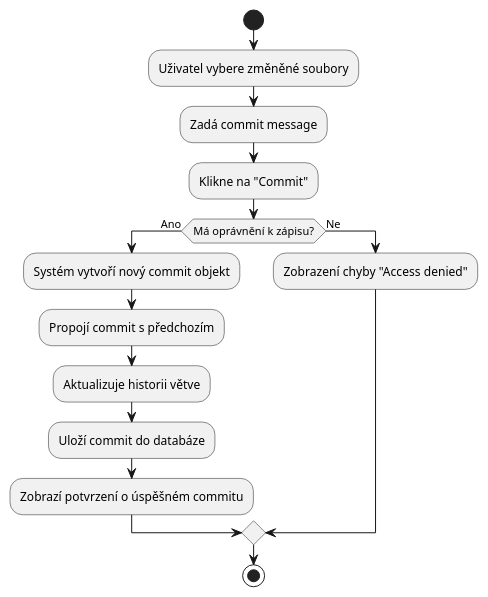
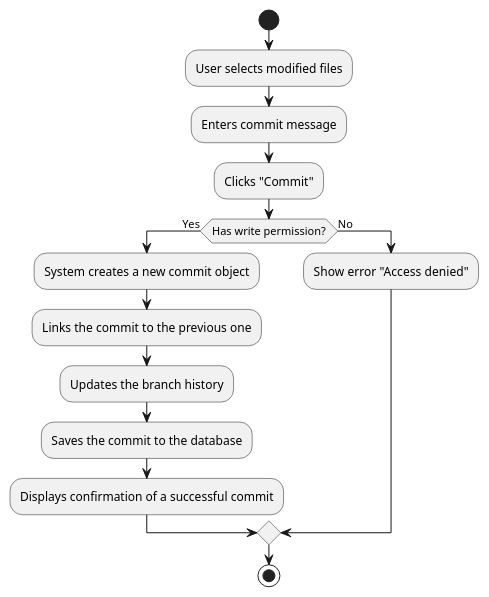
One commit to phatt-23/VIS-Project changed the diagram in artifacts/plantuml-diagrams/create-commit-activity.plantuml. Above: the diagram before and after it, drawn with PlantUML. The commit also changed other lines of this file and 89 other files, not shown here.

```diff
--- a/artifacts/plantuml-diagrams/create-commit-activity.plantuml
+++ b/artifacts/plantuml-diagrams/create-commit-activity.plantuml
@@ -1,16 +1,21 @@
 @startuml
+
 start
-:Uživatel vybere změněné soubory;
-:Zadá commit message;
-:Klikne na "Commit";
-if (Má oprávnění k zápisu?) then (Ano)
-    :Systém vytvoří nový commit objekt;
-    :Propojí commit s předchozím;
-    :Aktualizuje historii větve;
-    :Uloží commit do databáze;
-    :Zobrazí potvrzení o úspěšném commitu;
-else (Ne)
-    :Zobrazení chyby "Access denied";
+
+:User selects modified files;
+:Enters commit message;
+:Clicks "Commit";
+
+if (Has write permission?) then (Yes)
+    :System creates a new commit object;
+    :Links the commit to the previous one;
+    :Updates the branch history;
+    :Saves the commit to the database;
+    :Displays confirmation of a successful commit;
+else (No)
+    :Show error "Access denied";
 endif
+
 stop
+
 @enduml
```
